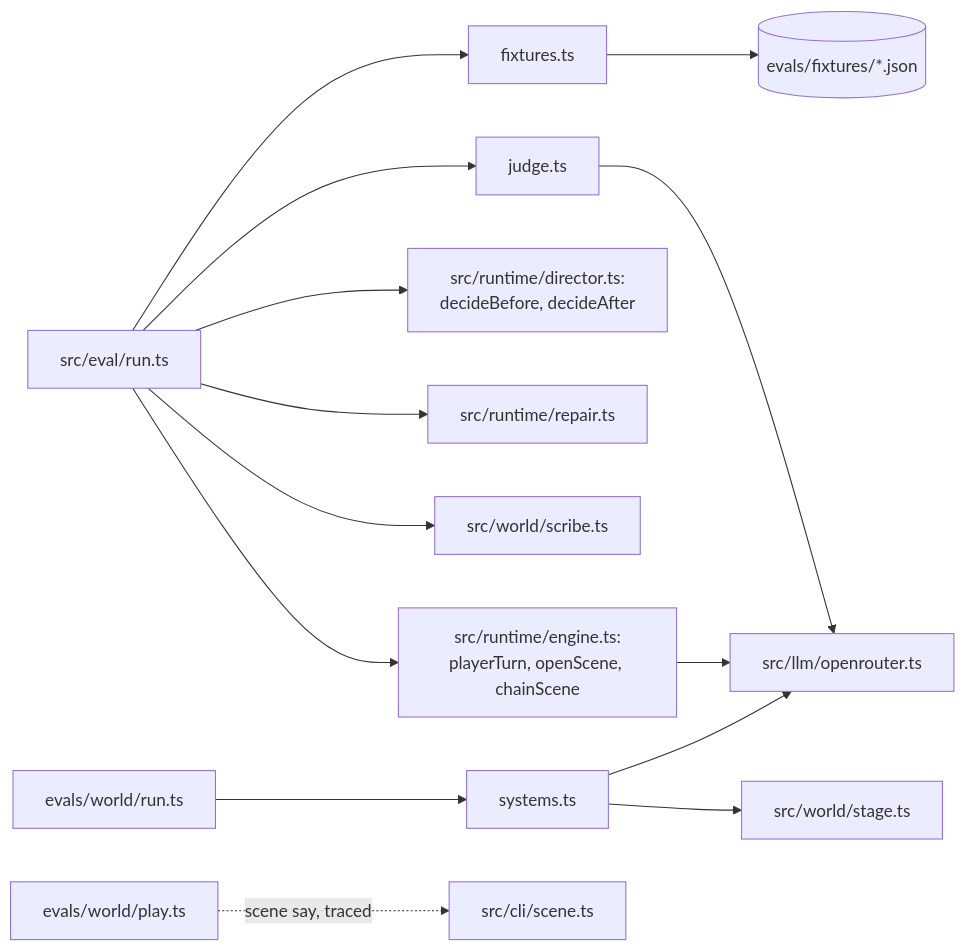
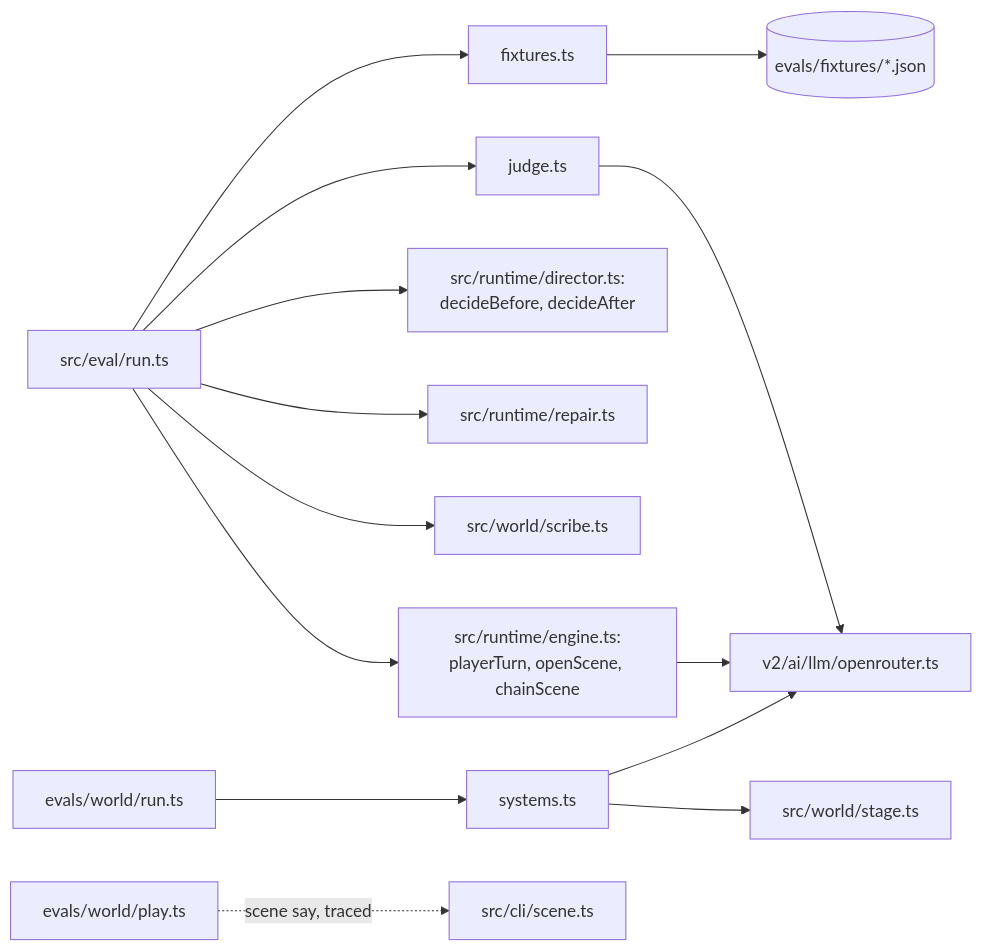
The diagram in evals/README.md (Tatskaari/kingmaker), drawn with Mermaid before and after one commit. The commit also changed other lines of this file and 34 other files, not shown here.

````diff
--- a/evals/README.md
+++ b/evals/README.md
@@ -38,13 +38,13 @@
 ```mermaid
 flowchart LR
   run["src/eval/run.ts"] --> fixtures["fixtures.ts"] --> snaps[("evals/fixtures/*.json")]
   run --> engine["src/runtime/engine.ts:<br/>playerTurn, openScene, chainScene"]
   run --> director["src/runtime/director.ts:<br/>decideBefore, decideAfter"]
   run --> repair["src/runtime/repair.ts"]
   run --> scribe["src/world/scribe.ts"]
-  run --> judge["judge.ts"] --> llm["src/llm/openrouter.ts"]
+  run --> judge["judge.ts"] --> llm["v2/ai/llm/openrouter.ts"]
   engine --> llm
   wrun["evals/world/run.ts"] --> systems["systems.ts"] --> stage["src/world/stage.ts"]
   systems --> llm
   wplay["evals/world/play.ts"] -.->|"scene say, traced"| cli["src/cli/scene.ts"]
 ```
````
